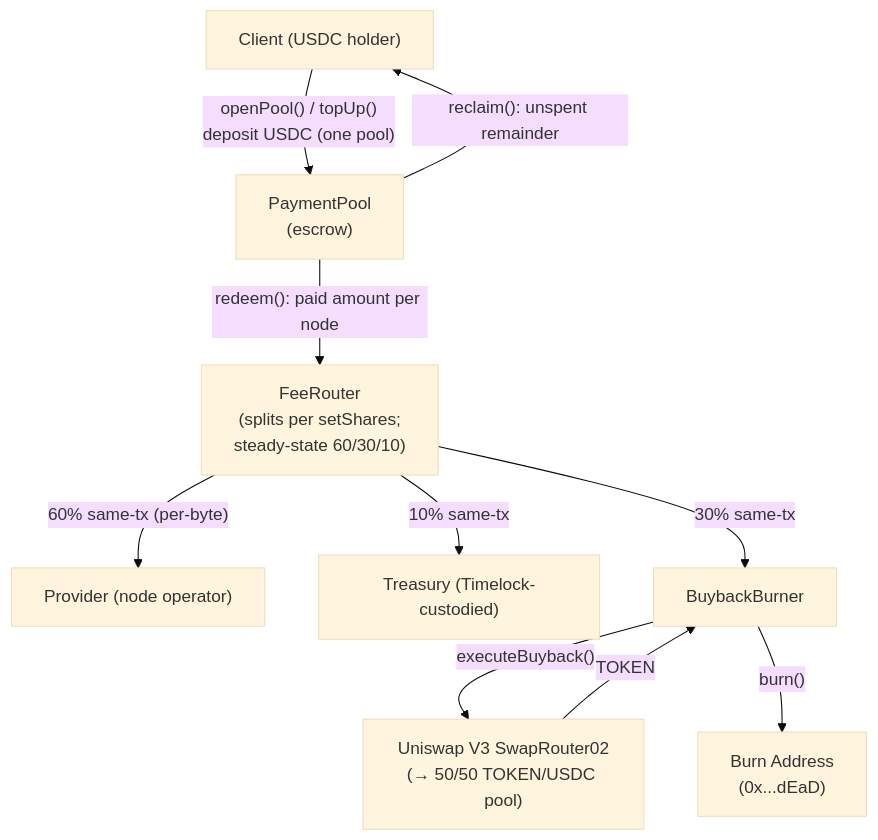
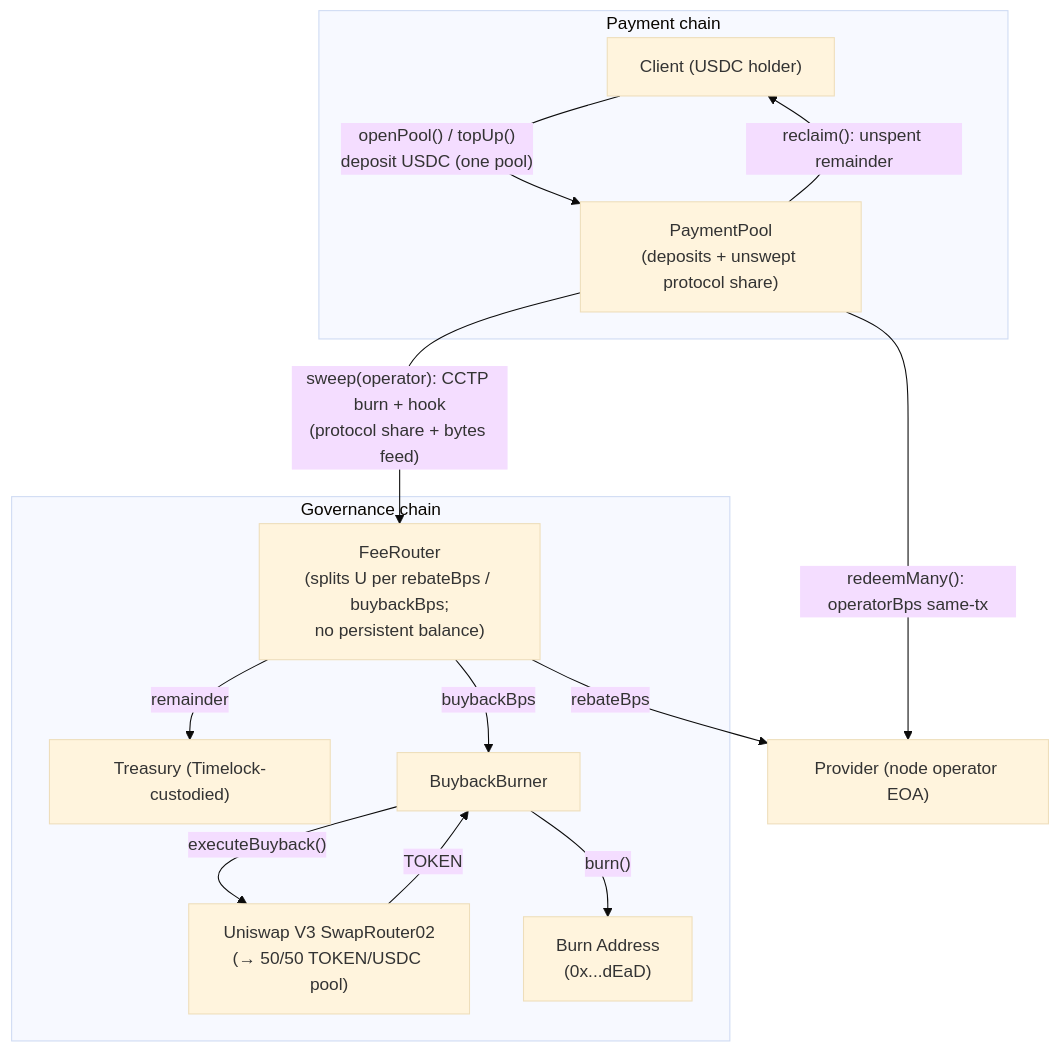
Before and after one commit to decdn/decdn: the fourth of 5 diagrams in adr/016-contract-interactions.md, drawn with Mermaid (base theme). The commit also changed other lines of this file and 25 other files, not shown here.

First line of the commit message:
docs(adr): split governance chain from payment chains

````diff
--- a/adr/016-contract-interactions.md
+++ b/adr/016-contract-interactions.md
@@ -542,21 +598,26 @@
 ```mermaid
 flowchart TD
-    Client["Client (USDC holder)"]
-    PC["PaymentPool<br/>(escrow)"]
-    FR["FeeRouter<br/>(splits per setShares;<br/>steady-state 60/30/10)"]
-    Provider["Provider (node operator)"]
-    Treasury["Treasury (Timelock-custodied)"]
-    BB["BuybackBurner"]
-    UNI["Uniswap V3 SwapRouter02<br/>(→ 50/50 TOKEN/USDC pool)"]
-    BURN["Burn Address<br/>(0x...dEaD)"]
+    subgraph PCH["Payment chain"]
+        Client["Client (USDC holder)"]
+        PC["PaymentPool<br/>(deposits + unswept protocol share)"]
+    end
+    subgraph GCH["Governance chain"]
+        FR["FeeRouter<br/>(splits U per rebateBps / buybackBps;<br/>no persistent balance)"]
+        Treasury["Treasury (Timelock-custodied)"]
+        BB["BuybackBurner"]
+        UNI["Uniswap V3 SwapRouter02<br/>(→ 50/50 TOKEN/USDC pool)"]
+        BURN["Burn Address<br/>(0x...dEaD)"]
+    end
+    Provider["Provider (node operator EOA)"]
 
     Client -->|"openPool() / topUp()<br/>deposit USDC (one pool)"| PC
-    PC -->|"redeem(): paid amount per node"| FR
+    PC -->|"redeemMany(): operatorBps same-tx"| Provider
     PC -->|"reclaim(): unspent remainder"| Client
-    FR -->|"60% same-tx (per-byte)"| Provider
-    FR -->|"30% same-tx"| BB
-    FR -->|"10% same-tx"| Treasury
+    PC -->|"sweep(operator): CCTP burn + hook<br/>(protocol share + bytes feed)"| FR
+    FR -->|"rebateBps"| Provider
+    FR -->|"buybackBps"| BB
+    FR -->|"remainder"| Treasury
     BB -->|"executeBuyback()"| UNI
     UNI -->|"TOKEN"| BB
     BB -->|"burn()"| BURN
 ```
````
